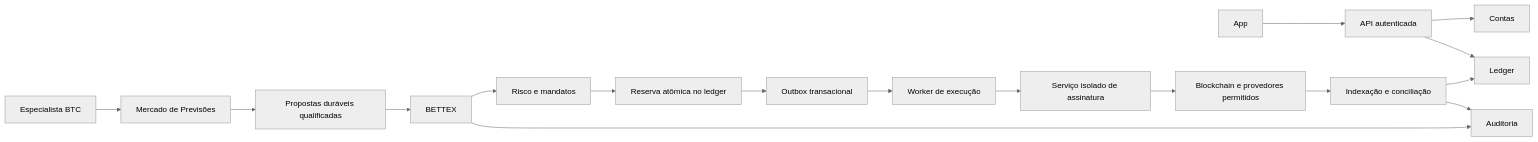
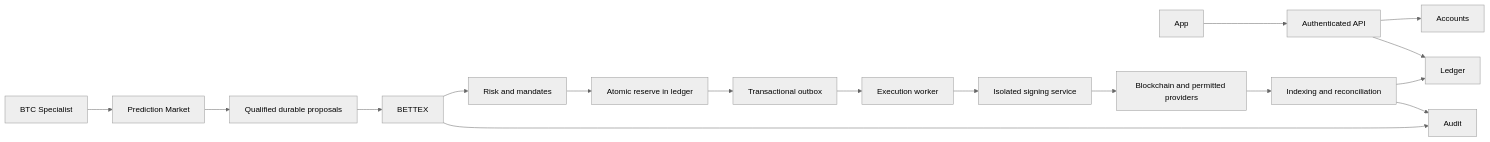
The diagram in docs/architecture/README.md (faranha/bettex), drawn with Mermaid (neutral theme) before and after one commit. The commit also changed other lines of this file and 109 other files, not shown here.

````diff
--- a/docs/architecture/README.md
+++ b/docs/architecture/README.md
@@ -17,19 +17,19 @@
 ```mermaid
 flowchart LR
-  UI[App] --> API[API autenticada]
-  API --> Accounts[Contas]
+  UI[App] --> API[Authenticated API]
+  API --> Accounts[Accounts]
   API --> Ledger[Ledger]
-  BTC[Especialista BTC] --> Market[Mercado de Previsões]
-  Market --> Proposals[Propostas duráveis qualificadas]
+  BTC[BTC Specialist] --> Market[Prediction Market]
+  Market --> Proposals[Qualified durable proposals]
   Proposals --> BTEX[BETTEX]
-  BTEX --> Risk[Risco e mandatos]
-  Risk --> Reserve[Reserva atômica no ledger]
-  Reserve --> Outbox[Outbox transacional]
-  Outbox --> Execute[Worker de execução]
-  Execute --> Sign[Serviço isolado de assinatura]
-  Sign --> Providers[Blockchain e provedores permitidos]
-  Providers --> Reconcile[Indexação e conciliação]
+  BTEX --> Risk[Risk and mandates]
+  Risk --> Reserve[Atomic reserve in ledger]
+  Reserve --> Outbox[Transactional outbox]
+  Outbox --> Execute[Execution worker]
+  Execute --> Sign[Isolated signing service]
+  Sign --> Providers[Blockchain and permitted providers]
+  Providers --> Reconcile[Indexing and reconciliation]
   Reconcile --> Ledger
-  BTEX --> Audit[Auditoria]
+  BTEX --> Audit[Audit]
   Reconcile --> Audit
 ```
````
